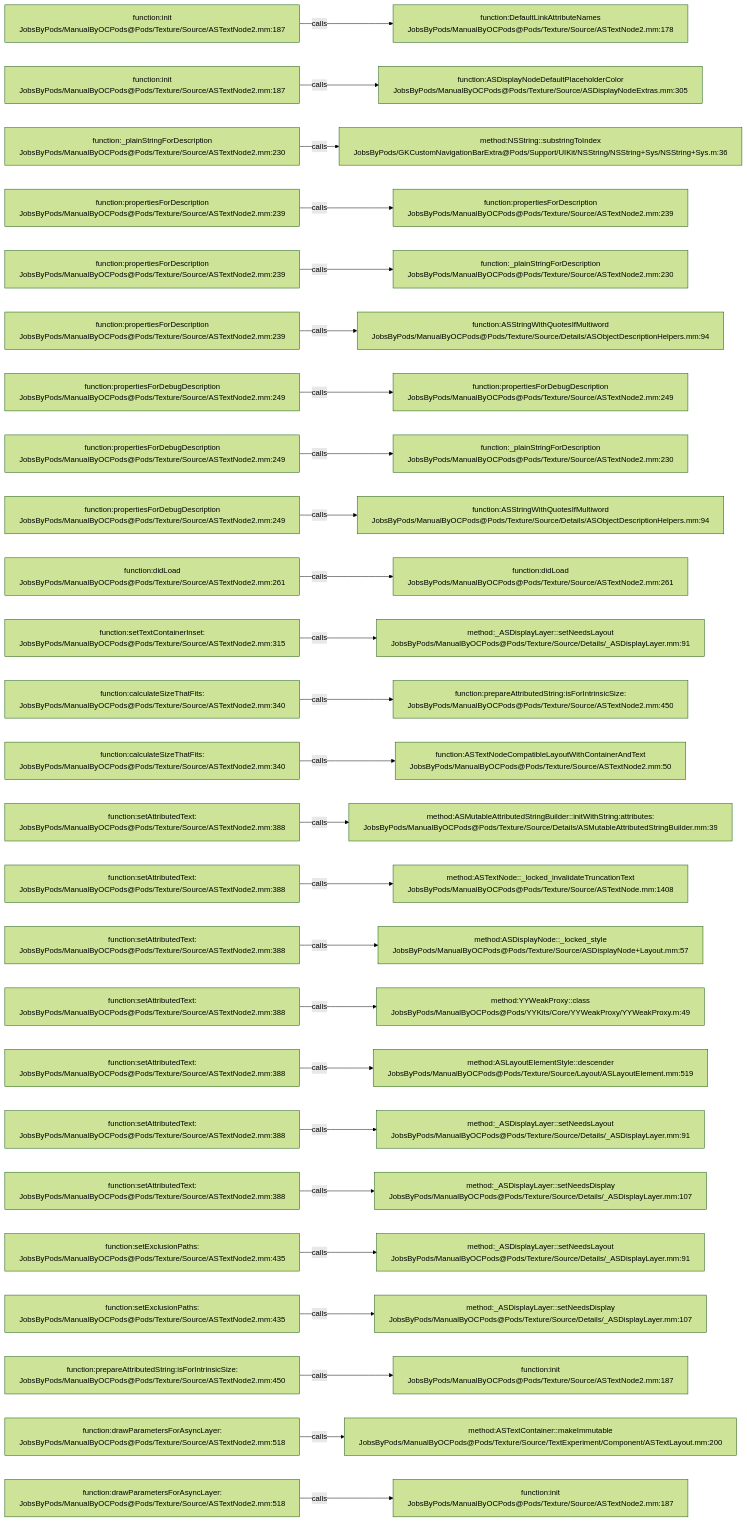
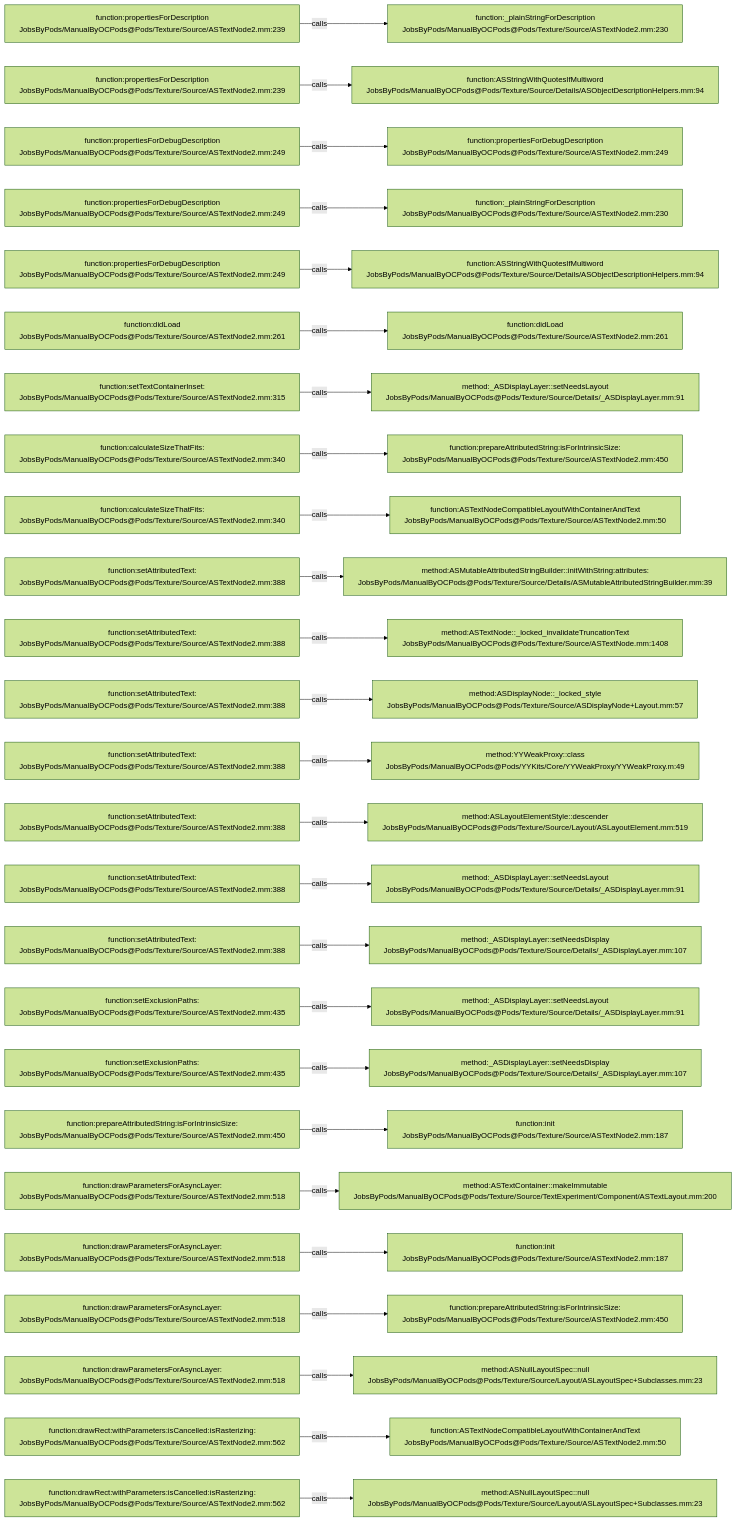
Before and after one commit to JobsKits/JobsOCBaseConfigDemo: the diagram in .codegraph/codegraph.md/graphs/calls-137.md, drawn with Mermaid (forest theme). The commit also changed 727 other files, not shown here.

````diff
--- a/.codegraph/codegraph.md/graphs/calls-137.md
+++ b/.codegraph/codegraph.md/graphs/calls-137.md
@@ -13,78 +13,78 @@
 ```mermaid
 flowchart LR
-  S1["function:init<br/>JobsByPods/ManualByOCPods@Pods/Texture/Source/ASTextNode2.mm:187"]
-  T1["function:DefaultLinkAttributeNames<br/>JobsByPods/ManualByOCPods@Pods/Texture/Source/ASTextNode2.mm:178"]
+  S1["function:propertiesForDescription<br/>JobsByPods/ManualByOCPods@Pods/Texture/Source/ASTextNode2.mm:239"]
+  T1["function:_plainStringForDescription<br/>JobsByPods/ManualByOCPods@Pods/Texture/Source/ASTextNode2.mm:230"]
   S1 -->|calls| T1
-  S2["function:init<br/>JobsByPods/ManualByOCPods@Pods/Texture/Source/ASTextNode2.mm:187"]
-  T2["function:ASDisplayNodeDefaultPlaceholderColor<br/>JobsByPods/ManualByOCPods@Pods/Texture/Source/ASDisplayNodeExtras.mm:305"]
+  S2["function:propertiesForDescription<br/>JobsByPods/ManualByOCPods@Pods/Texture/Source/ASTextNode2.mm:239"]
+  T2["function:ASStringWithQuotesIfMultiword<br/>JobsByPods/ManualByOCPods@Pods/Texture/Source/Details/ASObjectDescriptionHelpers.mm:94"]
   S2 -->|calls| T2
-  S3["function:_plainStringForDescription<br/>JobsByPods/ManualByOCPods@Pods/Texture/Source/ASTextNode2.mm:230"]
-  T3["method:NSString::substringToIndex<br/>JobsByPods/GKCustomNavigationBarExtra@Pods/Support/UIKit/NSString/NSString+Sys/NSString+Sys.m:36"]
+  S3["function:propertiesForDebugDescription<br/>JobsByPods/ManualByOCPods@Pods/Texture/Source/ASTextNode2.mm:249"]
+  T3["function:propertiesForDebugDescription<br/>JobsByPods/ManualByOCPods@Pods/Texture/Source/ASTextNode2.mm:249"]
   S3 -->|calls| T3
-  S4["function:propertiesForDescription<br/>JobsByPods/ManualByOCPods@Pods/Texture/Source/ASTextNode2.mm:239"]
-  T4["function:propertiesForDescription<br/>JobsByPods/ManualByOCPods@Pods/Texture/Source/ASTextNode2.mm:239"]
+  S4["function:propertiesForDebugDescription<br/>JobsByPods/ManualByOCPods@Pods/Texture/Source/ASTextNode2.mm:249"]
+  T4["function:_plainStringForDescription<br/>JobsByPods/ManualByOCPods@Pods/Texture/Source/ASTextNode2.mm:230"]
   S4 -->|calls| T4
-  S5["function:propertiesForDescription<br/>JobsByPods/ManualByOCPods@Pods/Texture/Source/ASTextNode2.mm:239"]
-  T5["function:_plainStringForDescription<br/>JobsByPods/ManualByOCPods@Pods/Texture/Source/ASTextNode2.mm:230"]
+  S5["function:propertiesForDebugDescription<br/>JobsByPods/ManualByOCPods@Pods/Texture/Source/ASTextNode2.mm:249"]
+  T5["function:ASStringWithQuotesIfMultiword<br/>JobsByPods/ManualByOCPods@Pods/Texture/Source/Details/ASObjectDescriptionHelpers.mm:94"]
   S5 -->|calls| T5
-  S6["function:propertiesForDescription<br/>JobsByPods/ManualByOCPods@Pods/Texture/Source/ASTextNode2.mm:239"]
-  T6["function:ASStringWithQuotesIfMultiword<br/>JobsByPods/ManualByOCPods@Pods/Texture/Source/Details/ASObjectDescriptionHelpers.mm:94"]
+  S6["function:didLoad<br/>JobsByPods/ManualByOCPods@Pods/Texture/Source/ASTextNode2.mm:261"]
+  T6["function:didLoad<br/>JobsByPods/ManualByOCPods@Pods/Texture/Source/ASTextNode2.mm:261"]
   S6 -->|calls| T6
-  S7["function:propertiesForDebugDescription<br/>JobsByPods/ManualByOCPods@Pods/Texture/Source/ASTextNode2.mm:249"]
-  T7["function:propertiesForDebugDescription<br/>JobsByPods/ManualByOCPods@Pods/Texture/Source/ASTextNode2.mm:249"]
+  S7["function:setTextContainerInset:<br/>JobsByPods/ManualByOCPods@Pods/Texture/Source/ASTextNode2.mm:315"]
+  T7["method:_ASDisplayLayer::setNeedsLayout<br/>JobsByPods/ManualByOCPods@Pods/Texture/Source/Details/_ASDisplayLayer.mm:91"]
   S7 -->|calls| T7
-  S8["function:propertiesForDebugDescription<br/>JobsByPods/ManualByOCPods@Pods/Texture/Source/ASTextNode2.mm:249"]
-  T8["function:_plainStringForDescription<br/>JobsByPods/ManualByOCPods@Pods/Texture/Source/ASTextNode2.mm:230"]
+  S8["function:calculateSizeThatFits:<br/>JobsByPods/ManualByOCPods@Pods/Texture/Source/ASTextNode2.mm:340"]
+  T8["function:prepareAttributedString:isForIntrinsicSize:<br/>JobsByPods/ManualByOCPods@Pods/Texture/Source/ASTextNode2.mm:450"]
   S8 -->|calls| T8
-  S9["function:propertiesForDebugDescription<br/>JobsByPods/ManualByOCPods@Pods/Texture/Source/ASTextNode2.mm:249"]
-  T9["function:ASStringWithQuotesIfMultiword<br/>JobsByPods/ManualByOCPods@Pods/Texture/Source/Details/ASObjectDescriptionHelpers.mm:94"]
+  S9["function:calculateSizeThatFits:<br/>JobsByPods/ManualByOCPods@Pods/Texture/Source/ASTextNode2.mm:340"]
+  T9["function:ASTextNodeCompatibleLayoutWithContainerAndText<br/>JobsByPods/ManualByOCPods@Pods/Texture/Source/ASTextNode2.mm:50"]
   S9 -->|calls| T9
-  S10["function:didLoad<br/>JobsByPods/ManualByOCPods@Pods/Texture/Source/ASTextNode2.mm:261"]
-  T10["function:didLoad<br/>JobsByPods/ManualByOCPods@Pods/Texture/Source/ASTextNode2.mm:261"]
+  S10["function:setAttributedText:<br/>JobsByPods/ManualByOCPods@Pods/Texture/Source/ASTextNode2.mm:388"]
+  T10["method:ASMutableAttributedStringBuilder::initWithString:attributes:<br/>JobsByPods/ManualByOCPods@Pods/Texture/Source/Details/ASMutableAttributedStringBuilder.mm:39"]
   S10 -->|calls| T10
-  S11["function:setTextContainerInset:<br/>JobsByPods/ManualByOCPods@Pods/Texture/Source/ASTextNode2.mm:315"]
-  T11["method:_ASDisplayLayer::setNeedsLayout<br/>JobsByPods/ManualByOCPods@Pods/Texture/Source/Details/_ASDisplayLayer.mm:91"]
+  S11["function:setAttributedText:<br/>JobsByPods/ManualByOCPods@Pods/Texture/Source/ASTextNode2.mm:388"]
+  T11["method:ASTextNode::_locked_invalidateTruncationText<br/>JobsByPods/ManualByOCPods@Pods/Texture/Source/ASTextNode.mm:1408"]
   S11 -->|calls| T11
-  S12["function:calculateSizeThatFits:<br/>JobsByPods/ManualByOCPods@Pods/Texture/Source/ASTextNode2.mm:340"]
-  T12["function:prepareAttributedString:isForIntrinsicSize:<br/>JobsByPods/ManualByOCPods@Pods/Texture/Source/ASTextNode2.mm:450"]
+  S12["function:setAttributedText:<br/>JobsByPods/ManualByOCPods@Pods/Texture/Source/ASTextNode2.mm:388"]
+  T12["method:ASDisplayNode::_locked_style<br/>JobsByPods/ManualByOCPods@Pods/Texture/Source/ASDisplayNode+Layout.mm:57"]
   S12 -->|calls| T12
-  S13["function:calculateSizeThatFits:<br/>JobsByPods/ManualByOCPods@Pods/Texture/Source/ASTextNode2.mm:340"]
-  T13["function:ASTextNodeCompatibleLayoutWithContainerAndText<br/>JobsByPods/ManualByOCPods@Pods/Texture/Source/ASTextNode2.mm:50"]
+  S13["function:setAttributedText:<br/>JobsByPods/ManualByOCPods@Pods/Texture/Source/ASTextNode2.mm:388"]
+  T13["method:YYWeakProxy::class<br/>JobsByPods/ManualByOCPods@Pods/YYKits/Core/YYWeakProxy/YYWeakProxy.m:49"]
   S13 -->|calls| T13
   S14["function:setAttributedText:<br/>JobsByPods/ManualByOCPods@Pods/Texture/Source/ASTextNode2.mm:388"]
-  T14["method:ASMutableAttributedStringBuilder::initWithString:attributes:<br/>JobsByPods/ManualByOCPods@Pods/Texture/Source/Details/ASMutableAttributedStringBuilder.mm:39"]
+  T14["method:ASLayoutElementStyle::descender<br/>JobsByPods/ManualByOCPods@Pods/Texture/Source/Layout/ASLayoutElement.mm:519"]
   S14 -->|calls| T14
   S15["function:setAttributedText:<br/>JobsByPods/ManualByOCPods@Pods/Texture/Source/ASTextNode2.mm:388"]
-  T15["method:ASTextNode::_locked_invalidateTruncationText<br/>JobsByPods/ManualByOCPods@Pods/Texture/Source/ASTextNode.mm:1408"]
+  T15["method:_ASDisplayLayer::setNeedsLayout<br/>JobsByPods/ManualByOCPods@Pods/Texture/Source/Details/_ASDisplayLayer.mm:91"]
   S15 -->|calls| T15
   S16["function:setAttributedText:<br/>JobsByPods/ManualByOCPods@Pods/Texture/Source/ASTextNode2.mm:388"]
-  T16["method:ASDisplayNode::_locked_style<br/>JobsByPods/ManualByOCPods@Pods/Texture/Source/ASDisplayNode+Layout.mm:57"]
+  T16["method:_ASDisplayLayer::setNeedsDisplay<br/>JobsByPods/ManualByOCPods@Pods/Texture/Source/Details/_ASDisplayLayer.mm:107"]
   S16 -->|calls| T16
-  S17["function:setAttributedText:<br/>JobsByPods/ManualByOCPods@Pods/Texture/Source/ASTextNode2.mm:388"]
-  T17["method:YYWeakProxy::class<br/>JobsByPods/ManualByOCPods@Pods/YYKits/Core/YYWeakProxy/YYWeakProxy.m:49"]
+  S17["function:setExclusionPaths:<br/>JobsByPods/ManualByOCPods@Pods/Texture/Source/ASTextNode2.mm:435"]
+  T17["method:_ASDisplayLayer::setNeedsLayout<br/>JobsByPods/ManualByOCPods@Pods/Texture/Source/Details/_ASDisplayLayer.mm:91"]
   S17 -->|calls| T17
-  S18["function:setAttributedText:<br/>JobsByPods/ManualByOCPods@Pods/Texture/Source/ASTextNode2.mm:388"]
-  T18["method:ASLayoutElementStyle::descender<br/>JobsByPods/ManualByOCPods@Pods/Texture/Source/Layout/ASLayoutElement.mm:519"]
+  S18["function:setExclusionPaths:<br/>JobsByPods/ManualByOCPods@Pods/Texture/Source/ASTextNode2.mm:435"]
+  T18["method:_ASDisplayLayer::setNeedsDisplay<br/>JobsByPods/ManualByOCPods@Pods/Texture/Source/Details/_ASDisplayLayer.mm:107"]
   S18 -->|calls| T18
-  S19["function:setAttributedText:<br/>JobsByPods/ManualByOCPods@Pods/Texture/Source/ASTextNode2.mm:388"]
-  T19["method:_ASDisplayLayer::setNeedsLayout<br/>JobsByPods/ManualByOCPods@Pods/Texture/Source/Details/_ASDisplayLayer.mm:91"]
+  S19["function:prepareAttributedString:isForIntrinsicSize:<br/>JobsByPods/ManualByOCPods@Pods/Texture/Source/ASTextNode2.mm:450"]
+  T19["function:init<br/>JobsByPods/ManualByOCPods@Pods/Texture/Source/ASTextNode2.mm:187"]
   S19 -->|calls| T19
-  S20["function:setAttributedText:<br/>JobsByPods/ManualByOCPods@Pods/Texture/Source/ASTextNode2.mm:388"]
-  T20["method:_ASDisplayLayer::setNeedsDisplay<br/>JobsByPods/ManualByOCPods@Pods/Texture/Source/Details/_ASDisplayLayer.mm:107"]
+  S20["function:drawParametersForAsyncLayer:<br/>JobsByPods/ManualByOCPods@Pods/Texture/Source/ASTextNode2.mm:518"]
+  T20["method:ASTextContainer::makeImmutable<br/>JobsByPods/ManualByOCPods@Pods/Texture/Source/TextExperiment/Component/ASTextLayout.mm:200"]
   S20 -->|calls| T20
-  S21["function:setExclusionPaths:<br/>JobsByPods/ManualByOCPods@Pods/Texture/Source/ASTextNode2.mm:435"]
-  T21["method:_ASDisplayLayer::setNeedsLayout<br/>JobsByPods/ManualByOCPods@Pods/Texture/Source/Details/_ASDisplayLayer.mm:91"]
+  S21["function:drawParametersForAsyncLayer:<br/>JobsByPods/ManualByOCPods@Pods/Texture/Source/ASTextNode2.mm:518"]
+  T21["function:init<br/>JobsByPods/ManualByOCPods@Pods/Texture/Source/ASTextNode2.mm:187"]
   S21 -->|calls| T21
-  S22["function:setExclusionPaths:<br/>JobsByPods/ManualByOCPods@Pods/Texture/Source/ASTextNode2.mm:435"]
-  T22["method:_ASDisplayLayer::setNeedsDisplay<br/>JobsByPods/ManualByOCPods@Pods/Texture/Source/Details/_ASDisplayLayer.mm:107"]
+  S22["function:drawParametersForAsyncLayer:<br/>JobsByPods/ManualByOCPods@Pods/Texture/Source/ASTextNode2.mm:518"]
+  T22["function:prepareAttributedString:isForIntrinsicSize:<br/>JobsByPods/ManualByOCPods@Pods/Texture/Source/ASTextNode2.mm:450"]
   S22 -->|calls| T22
-  S23["function:prepareAttributedString:isForIntrinsicSize:<br/>JobsByPods/ManualByOCPods@Pods/Texture/Source/ASTextNode2.mm:450"]
-  T23["function:init<br/>JobsByPods/ManualByOCPods@Pods/Texture/Source/ASTextNode2.mm:187"]
+  S23["function:drawParametersForAsyncLayer:<br/>JobsByPods/ManualByOCPods@Pods/Texture/Source/ASTextNode2.mm:518"]
+  T23["method:ASNullLayoutSpec::null<br/>JobsByPods/ManualByOCPods@Pods/Texture/Source/Layout/ASLayoutSpec+Subclasses.mm:23"]
   S23 -->|calls| T23
-  S24["function:drawParametersForAsyncLayer:<br/>JobsByPods/ManualByOCPods@Pods/Texture/Source/ASTextNode2.mm:518"]
-  T24["method:ASTextContainer::makeImmutable<br/>JobsByPods/ManualByOCPods@Pods/Texture/Source/TextExperiment/Component/ASTextLayout.mm:200"]
+  S24["function:drawRect:withParameters:isCancelled:isRasterizing:<br/>JobsByPods/ManualByOCPods@Pods/Texture/Source/ASTextNode2.mm:562"]
+  T24["function:ASTextNodeCompatibleLayoutWithContainerAndText<br/>JobsByPods/ManualByOCPods@Pods/Texture/Source/ASTextNode2.mm:50"]
   S24 -->|calls| T24
-  S25["function:drawParametersForAsyncLayer:<br/>JobsByPods/ManualByOCPods@Pods/Texture/Source/ASTextNode2.mm:518"]
-  T25["function:init<br/>JobsByPods/ManualByOCPods@Pods/Texture/Source/ASTextNode2.mm:187"]
+  S25["function:drawRect:withParameters:isCancelled:isRasterizing:<br/>JobsByPods/ManualByOCPods@Pods/Texture/Source/ASTextNode2.mm:562"]
+  T25["method:ASNullLayoutSpec::null<br/>JobsByPods/ManualByOCPods@Pods/Texture/Source/Layout/ASLayoutSpec+Subclasses.mm:23"]
   S25 -->|calls| T25
 ```
````
